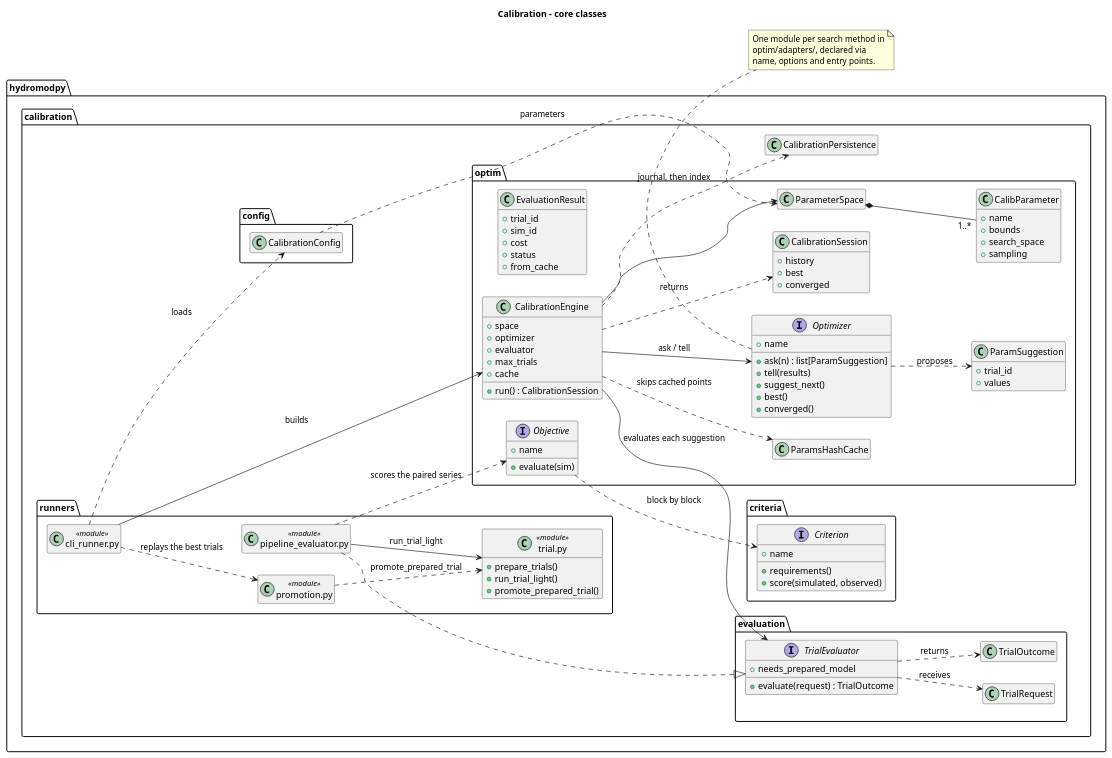
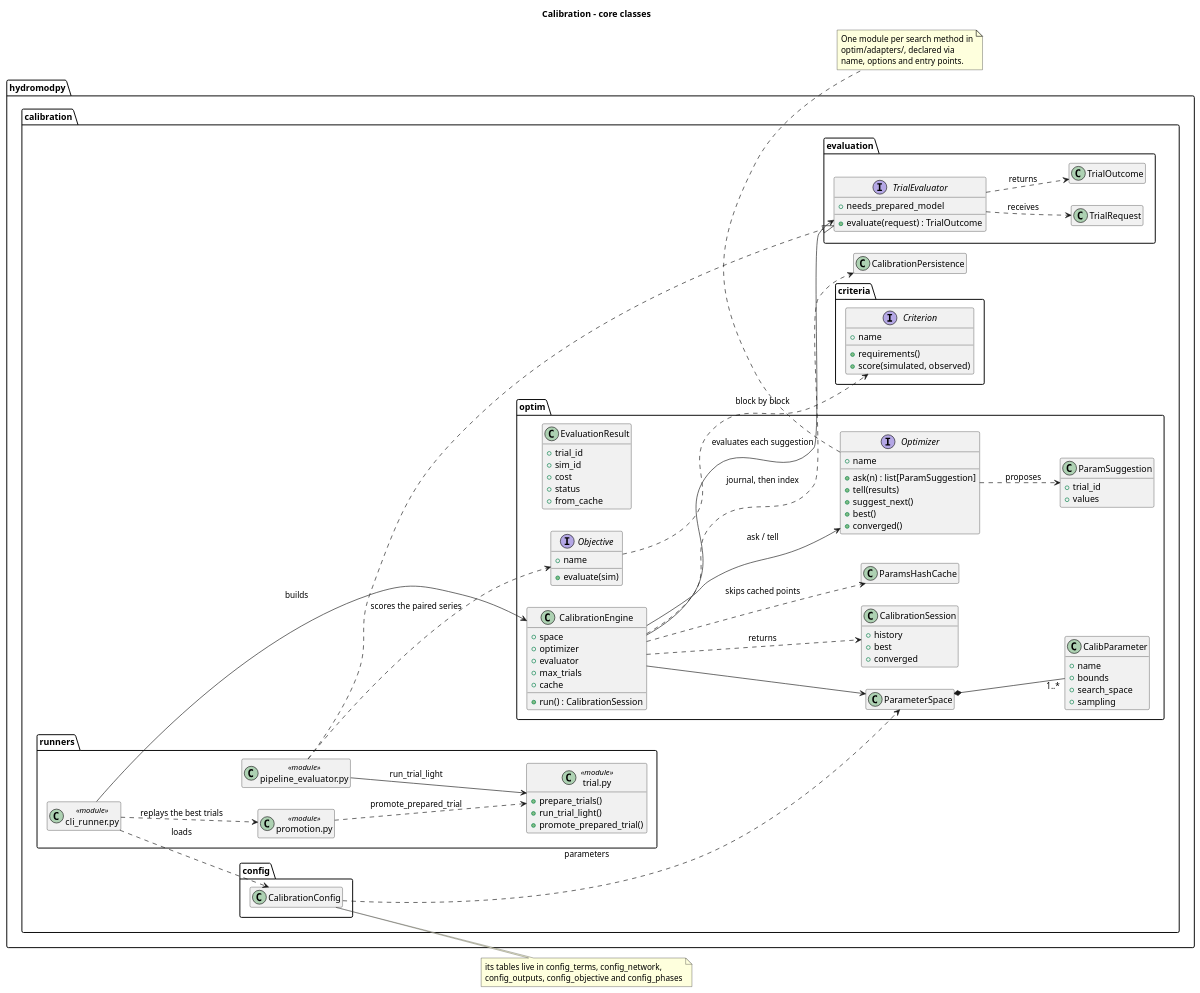
One commit to HydroModPy/HydroModPy changed the diagram in docs/source/contribute/architecture/calibration/diagrams/calibration_classes.wsd. Above: the diagram before and after it, drawn with PlantUML. The commit also changed 1458 other files, not shown here.

```diff
--- a/docs/source/contribute/architecture/calibration/diagrams/calibration_classes.wsd
+++ b/docs/source/contribute/architecture/calibration/diagrams/calibration_classes.wsd
@@ -1,121 +1,125 @@
 @startuml
 title Calibration - core classes
 left to right direction
 hide empty members
 
 package "hydromodpy.calibration.config" {
   class CalibrationConfig
 }
+note right of CalibrationConfig
+  its tables live in config_terms, config_network,
+  config_outputs, config_objective and config_phases
+end note
 
 package "hydromodpy.calibration.optim" {
   class ParameterSpace
   class CalibParameter {
     +name
     +bounds
     +search_space
     +sampling
   }
 
   interface Optimizer {
     +name
     +ask(n) : list[ParamSuggestion]
     +tell(results)
     +suggest_next()
     +best()
     +converged()
   }
 
   class ParamSuggestion {
     +trial_id
     +values
   }
 
   class EvaluationResult {
     +trial_id
     +sim_id
     +cost
     +status
     +from_cache
   }
 
   class CalibrationEngine {
     +space
     +optimizer
     +evaluator
     +max_trials
     +cache
     +run() : CalibrationSession
   }
 
   class CalibrationSession {
     +history
     +best
     +converged
   }
 
   class ParamsHashCache
 
   interface Objective {
     +name
     +evaluate(sim)
   }
 }
 
 package "hydromodpy.calibration.evaluation" {
   interface TrialEvaluator {
     +needs_prepared_model
     +evaluate(request) : TrialOutcome
   }
   class TrialRequest
   class TrialOutcome
 }
 
 package "hydromodpy.calibration.criteria" {
   interface Criterion {
     +name
     +requirements()
     +score(simulated, observed)
   }
 }
 
 package "hydromodpy.calibration.runners" {
   class "pipeline_evaluator.py" as PipelineEvaluator <<module>>
   class "trial.py" as TrialModule <<module>> {
     +prepare_trials()
     +run_trial_light()
     +promote_prepared_trial()
   }
   class "cli_runner.py" as CliRunner <<module>>
   class "promotion.py" as Promotion <<module>>
 }
 
 package "hydromodpy.calibration" {
   class CalibrationPersistence
 }
 
 CalibrationConfig ..> ParameterSpace : parameters
 ParameterSpace *-- "1..*" CalibParameter
 CliRunner ..> CalibrationConfig : loads
 CliRunner --> CalibrationEngine : builds
 CalibrationEngine --> ParameterSpace
 CalibrationEngine --> Optimizer : ask / tell
 CalibrationEngine --> TrialEvaluator : evaluates each suggestion
 CalibrationEngine ..> ParamsHashCache : skips cached points
 CalibrationEngine ..> CalibrationPersistence : journal, then index
 CalibrationEngine ..> CalibrationSession : returns
 Optimizer ..> ParamSuggestion : proposes
 TrialEvaluator ..> TrialRequest : receives
 TrialEvaluator ..> TrialOutcome : returns
 PipelineEvaluator ..|> TrialEvaluator
 PipelineEvaluator --> TrialModule : run_trial_light
 PipelineEvaluator ..> Objective : scores the paired series
 Objective ..> Criterion : block by block
 CliRunner ..> Promotion : replays the best trials
 Promotion ..> TrialModule : promote_prepared_trial
 
 note bottom of Optimizer
 One module per search method in
 optim/adapters/, declared via
 name, options and entry points.
 end note
 @enduml
```
